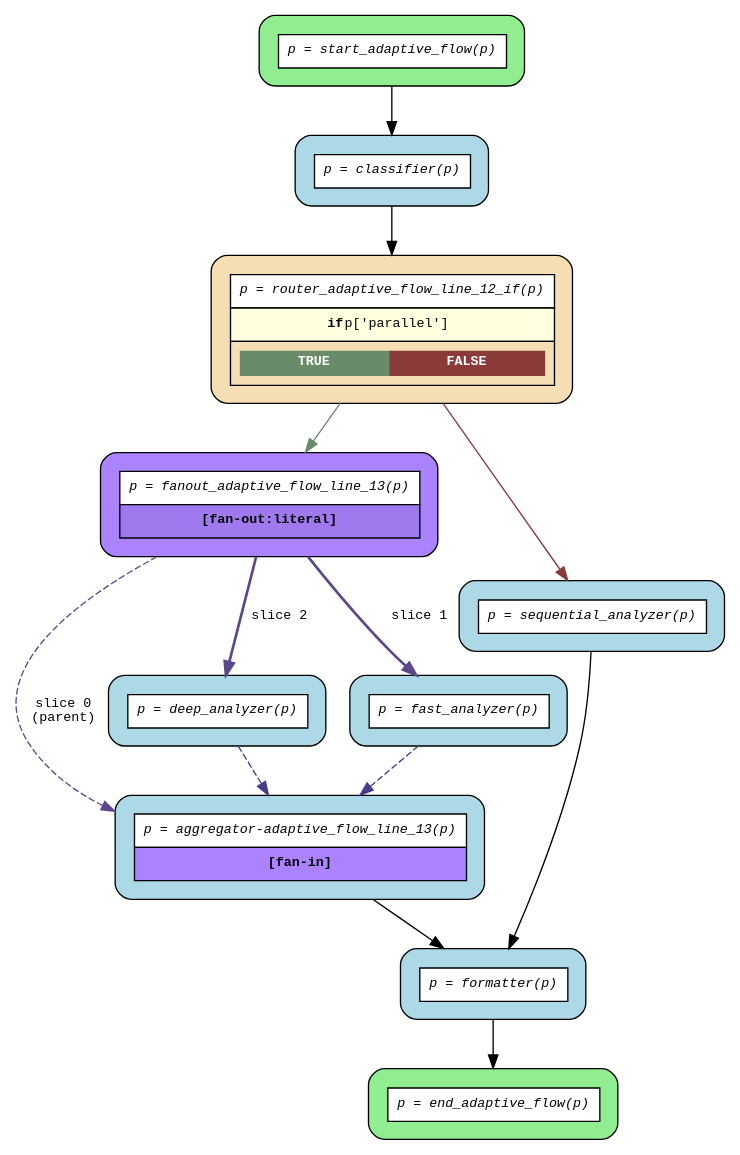
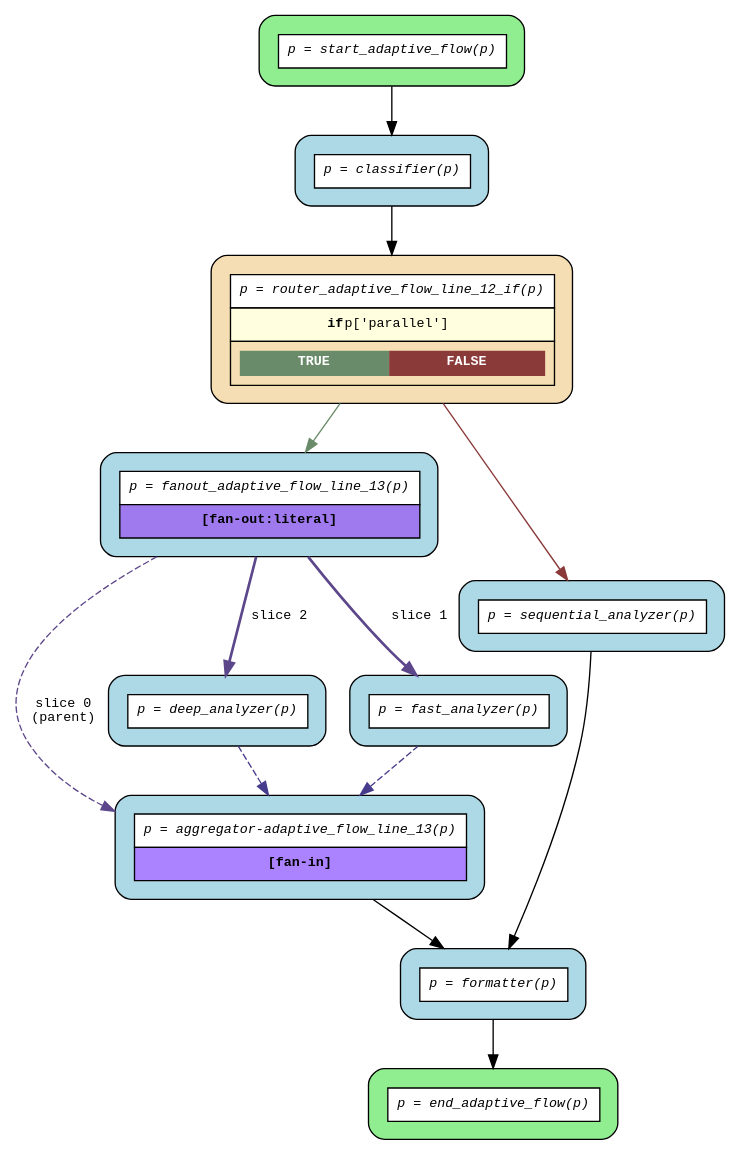
The diagram in examples/flows/compiled/fanout_conditional/flow.dot (deliveryhero/asya), drawn with Graphviz before and after one commit. The commit also changed 12 other files, not shown here.

Commit message:
Blue router color for fan-out routers

```diff
--- a/examples/flows/compiled/fanout_conditional/flow.dot
+++ b/examples/flows/compiled/fanout_conditional/flow.dot
@@ -1,30 +1,30 @@
 digraph flow {
   rankdir=TB;
   graph [fontname="Courier", fontsize=10];
   node [fontname="Courier", fontsize=10, shape=box, style="filled,rounded", margin="0.2"];
   edge [fontname="Courier", fontsize=10];
 
   start_adaptive_flow [fillcolor="lightgreen", label=<<table border="0" cellspacing="0" cellpadding="6" cellborder="1"><tr><td bgcolor="white" align="center"><i>p = start_adaptive_flow(p)</i></td></tr></table>>];
-  fanout_adaptive_flow_line_13 [fillcolor="mediumpurple1", label=<<table border="0" cellspacing="0" cellpadding="6" cellborder="1"><tr><td bgcolor="white" align="center"><i>p = fanout_adaptive_flow_line_13(p)</i></td></tr><tr><td bgcolor="mediumpurple2" align="center"><b>[fan-out:literal]</b></td></tr></table>>];
+  fanout_adaptive_flow_line_13 [fillcolor="lightblue", label=<<table border="0" cellspacing="0" cellpadding="6" cellborder="1"><tr><td bgcolor="white" align="center"><i>p = fanout_adaptive_flow_line_13(p)</i></td></tr><tr><td bgcolor="mediumpurple2" align="center"><b>[fan-out:literal]</b></td></tr></table>>];
   router_adaptive_flow_line_12_if [fillcolor="wheat", label=<<table border="0" cellspacing="0" cellpadding="6" cellborder="1"><tr><td bgcolor="white" align="center"><i>p = router_adaptive_flow_line_12_if(p)</i></td></tr><tr><td bgcolor="lightyellow"><b>if</b> p['parallel']</td></tr><tr><td><table border="0" cellspacing="0" cellpadding="4"><tr><td bgcolor="darkseagreen4"><font color="white"><b>TRUE</b></font></td><td bgcolor="indianred4"><font color="white"><b>FALSE</b></font></td></tr></table></td></tr></table>>];
   end_adaptive_flow [fillcolor="lightgreen", label=<<table border="0" cellspacing="0" cellpadding="6" cellborder="1"><tr><td bgcolor="white" align="center"><i>p = end_adaptive_flow(p)</i></td></tr></table>>];
   aggregator_adaptive_flow_line_13 [fillcolor="lightblue", label=<<table border="0" cellspacing="0" cellpadding="6" cellborder="1"><tr><td bgcolor="white" align="center"><i>p = aggregator-adaptive_flow_line_13(p)</i></td></tr><tr><td bgcolor="mediumpurple1" align="center"><b>[fan-in]</b></td></tr></table>>];
   classifier [fillcolor="lightblue", label=<<table border="0" cellspacing="0" cellpadding="6" cellborder="1"><tr><td bgcolor="white" align="center"><i>p = classifier(p)</i></td></tr></table>>];
   deep_analyzer [fillcolor="lightblue", label=<<table border="0" cellspacing="0" cellpadding="6" cellborder="1"><tr><td bgcolor="white" align="center"><i>p = deep_analyzer(p)</i></td></tr></table>>];
   fast_analyzer [fillcolor="lightblue", label=<<table border="0" cellspacing="0" cellpadding="6" cellborder="1"><tr><td bgcolor="white" align="center"><i>p = fast_analyzer(p)</i></td></tr></table>>];
   formatter [fillcolor="lightblue", label=<<table border="0" cellspacing="0" cellpadding="6" cellborder="1"><tr><td bgcolor="white" align="center"><i>p = formatter(p)</i></td></tr></table>>];
   sequential_analyzer [fillcolor="lightblue", label=<<table border="0" cellspacing="0" cellpadding="6" cellborder="1"><tr><td bgcolor="white" align="center"><i>p = sequential_analyzer(p)</i></td></tr></table>>];
 
   aggregator_adaptive_flow_line_13 -> formatter;
   classifier -> router_adaptive_flow_line_12_if;
   deep_analyzer -> aggregator_adaptive_flow_line_13 [color=slateblue4, style=dashed];
   fanout_adaptive_flow_line_13 -> aggregator_adaptive_flow_line_13 [color=mediumpurple4, label="slice 0\n(parent)", style=dashed];
   fanout_adaptive_flow_line_13 -> deep_analyzer [color=mediumpurple4, label="slice 2", style=bold];
   fanout_adaptive_flow_line_13 -> fast_analyzer [color=mediumpurple4, label="slice 1", style=bold];
   fast_analyzer -> aggregator_adaptive_flow_line_13 [color=slateblue4, style=dashed];
   formatter -> end_adaptive_flow;
   router_adaptive_flow_line_12_if -> fanout_adaptive_flow_line_13 [color=darkseagreen4];
   router_adaptive_flow_line_12_if -> sequential_analyzer [color=indianred4];
   sequential_analyzer -> formatter;
   start_adaptive_flow -> classifier;
 }
```
